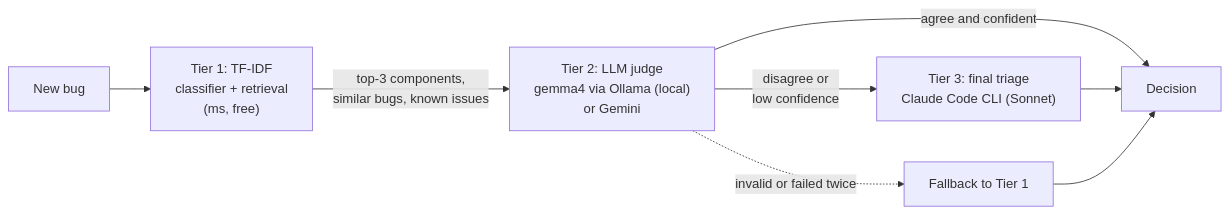
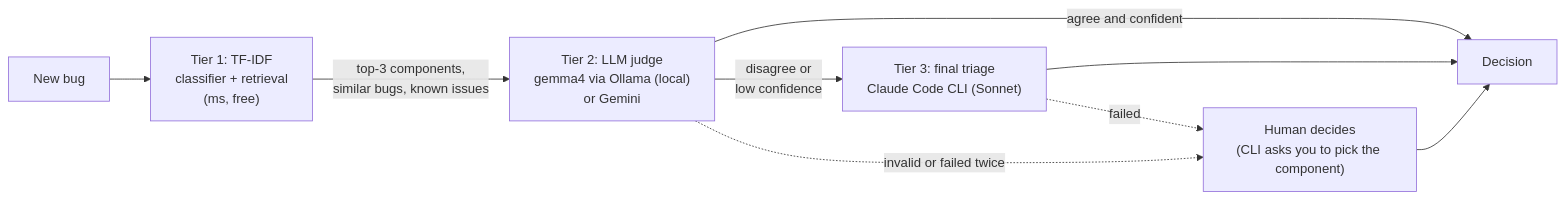
One commit to izaqyos/personal_code changed the diagram in ai_tools/bug_triage/README.md. Above: the diagram before and after it, drawn with Mermaid. The commit also changed other lines of this file and 11 other files, not shown here.

First line of the commit message:
bug_triage: ask a human instead of falling back to Tier 1

````diff
--- a/ai_tools/bug_triage/README.md
+++ b/ai_tools/bug_triage/README.md
@@ -10,9 +10,10 @@
 ```mermaid
 flowchart LR
     B[New bug] --> T1["Tier 1: TF-IDF<br/>classifier + retrieval<br/>(ms, free)"]
     T1 -->|top-3 components,<br/>similar bugs, known issues| J["Tier 2: LLM judge<br/>gemma4 via Ollama (local)<br/>or Gemini"]
     J -->|agree and confident| D[Decision]
     J -->|disagree or<br/>low confidence| F["Tier 3: final triage<br/>Claude Code CLI (Sonnet)"]
     F --> D
-    J -. invalid or failed twice .-> FB[Fallback to Tier 1] --> D
+    J -. invalid or failed twice .-> H["Human decides<br/>(CLI asks you to pick the component)"] --> D
+    F -. failed .-> H
 ```
````
